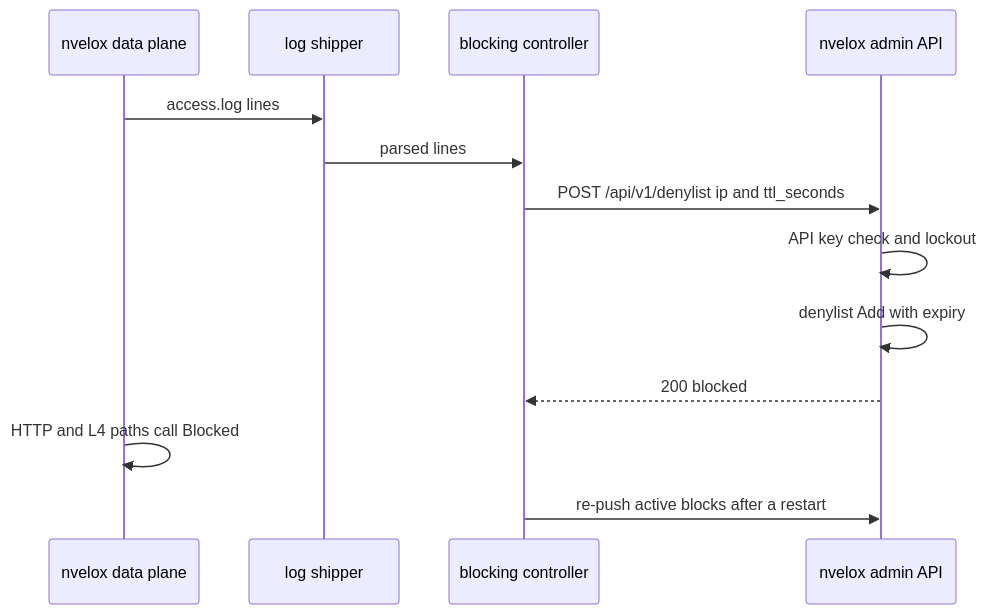
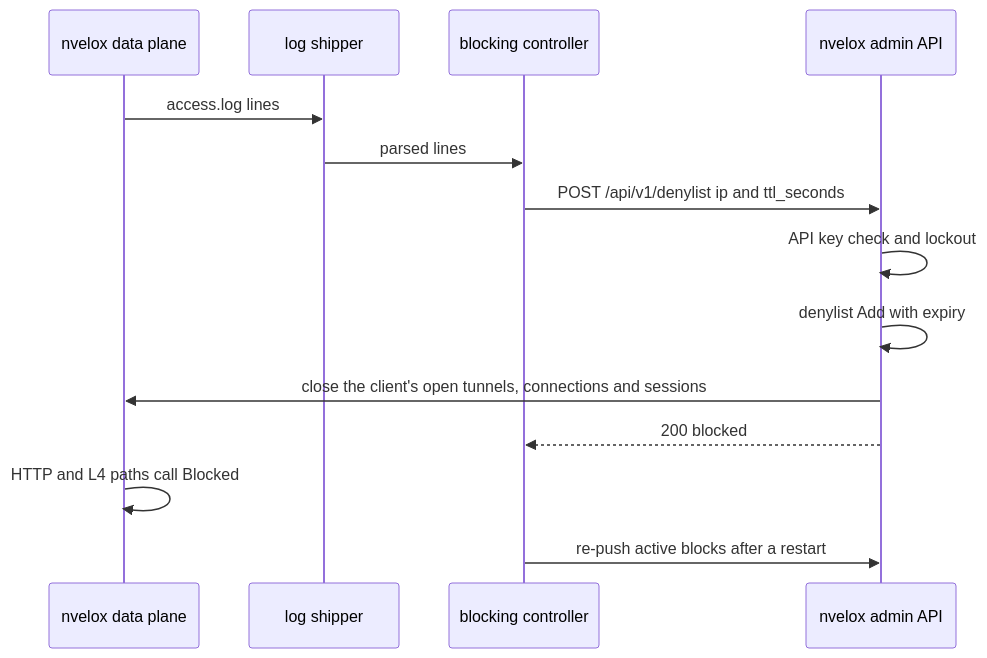
The sixth of 6 diagrams in docs/ARCHITECTURE.md (nvelox/nvelox), drawn with Mermaid before and after one commit. The commit also changed other lines of this file and 16 other files, not shown here.

````diff
--- a/docs/ARCHITECTURE.md
+++ b/docs/ARCHITECTURE.md
@@ -226,15 +226,16 @@
 ```mermaid
 sequenceDiagram
   participant N as nvelox data plane
   participant V as log shipper
   participant S as blocking controller
   participant A as nvelox admin API
   N->>V: access.log lines
   V->>S: parsed lines
   S->>A: POST /api/v1/denylist ip and ttl_seconds
   A->>A: API key check and lockout
   A->>A: denylist Add with expiry
+  A->>N: close the client's open tunnels, connections and sessions
   A-->>S: 200 blocked
   N->>N: HTTP and L4 paths call Blocked
   S->>A: re-push active blocks after a restart
 ```
````
